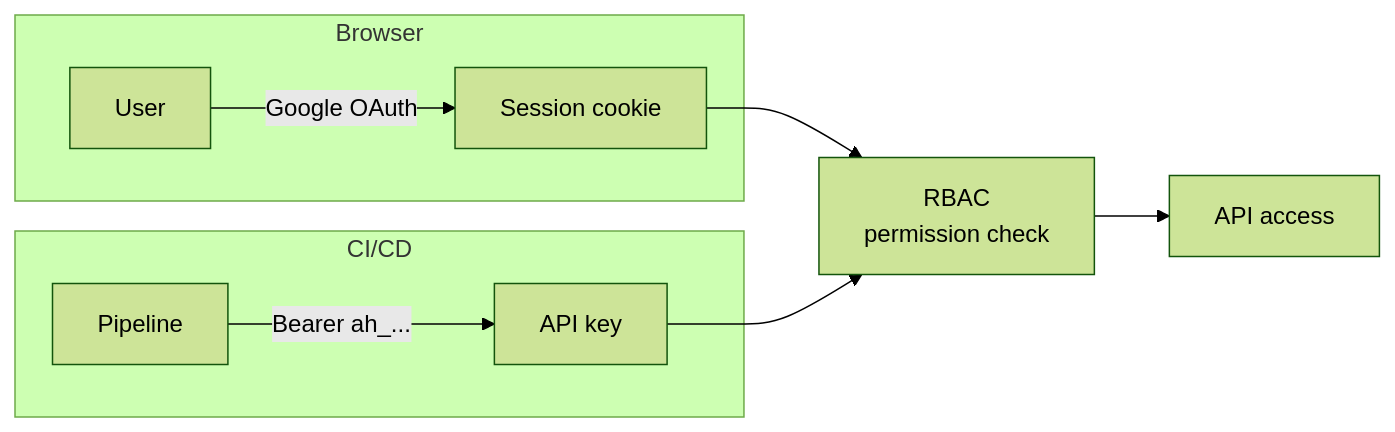
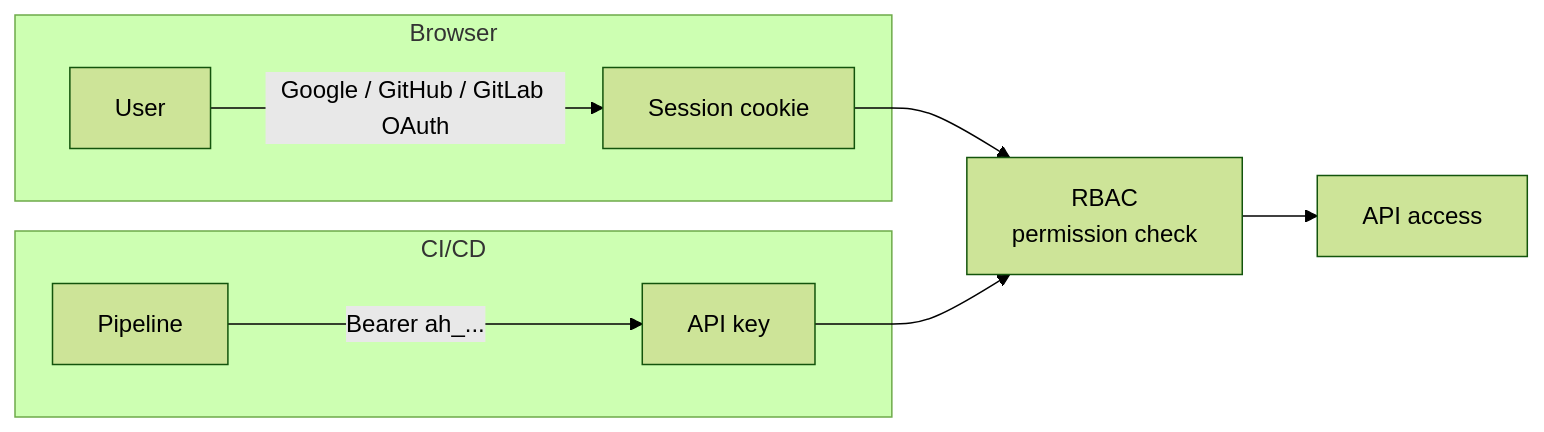
One commit to tlmanz/allure-hub changed the first of 2 diagrams in docs/authentication.md. Above: the diagram before and after it, drawn with Mermaid (forest theme). The commit also changed other lines of this file and 9 other files, not shown here.

First line of the commit message:
feat: add GitHub and GitLab OAuth provider support

````diff
--- a/docs/authentication.md
+++ b/docs/authentication.md
@@ -5,12 +5,12 @@
 ```mermaid
 flowchart LR
     subgraph Browser
-        A[User] -->|Google OAuth| B[Session cookie]
+        A[User] -->|"Google / GitHub / GitLab OAuth"| B[Session cookie]
     end
     subgraph CI/CD
         C[Pipeline] -->|"Bearer ah_..."| D[API key]
     end
     B --> E["RBAC\npermission check"]
     D --> E
     E --> F[API access]
 ```
````
